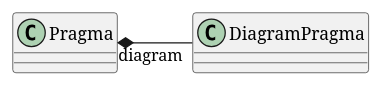
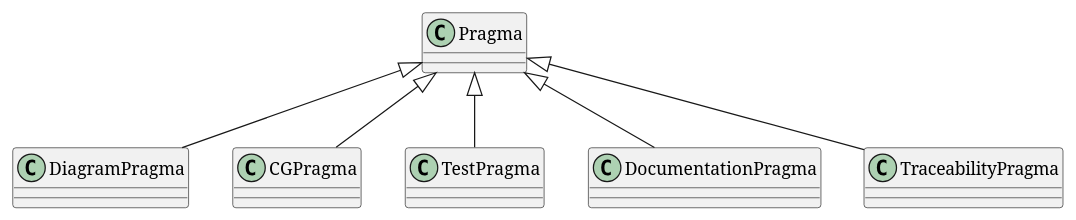
The diagram in doc/source/api/language/pragmas/pragma.puml (ansys/pyscadeone), drawn with PlantUML before and after one commit. The commit also changed 537 other files, not shown here.

```diff
--- a/doc/source/api/language/pragmas/pragma.puml
+++ b/doc/source/api/language/pragmas/pragma.puml
@@ -1,5 +1,7 @@
 @startuml
-left to right direction
-
-Pragma *--"diagram" DiagramPragma
+Pragma <|-- DiagramPragma
+Pragma <|-- CGPragma
+Pragma <|-- TestPragma
+Pragma <|-- DocumentationPragma
+Pragma <|-- TraceabilityPragma
 @enduml
```
